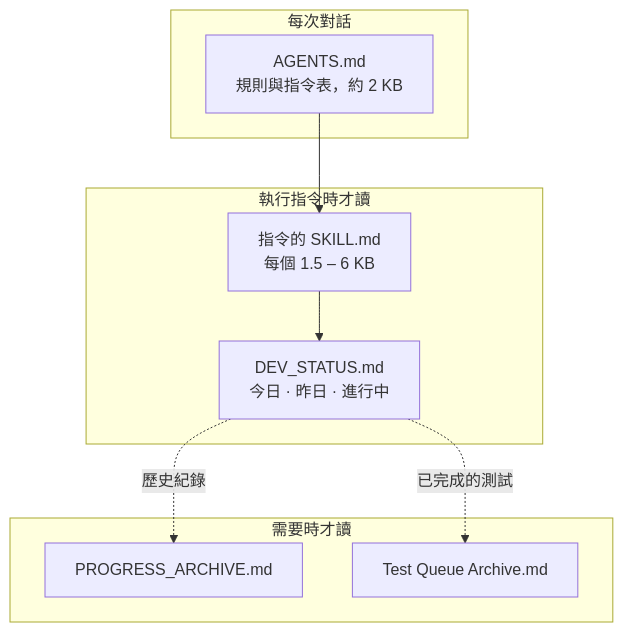
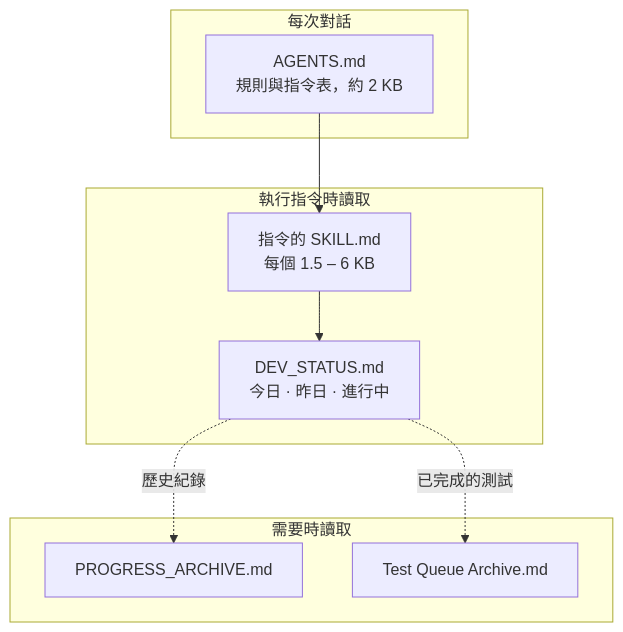
Before and after one commit to zelvet-velvet/agent-worklog-vault: the third of 6 diagrams in README.zh-TW.md, drawn with Mermaid. The commit also changed other lines of this file, not shown here.

````diff
--- a/README.zh-TW.md
+++ b/README.zh-TW.md
@@ -60,17 +60,17 @@
 ```mermaid
 flowchart TB
     subgraph always [每次對話]
         AG["AGENTS.md<br/>規則與指令表，約 2 KB"]
     end
-    subgraph run [執行指令時才讀]
+    subgraph run [執行指令時讀取]
         SK["指令的 SKILL.md<br/>每個 1.5 – 6 KB"]
         ST["DEV_STATUS.md<br/>今日 · 昨日 · 進行中"]
     end
-    subgraph ask [需要時才讀]
+    subgraph ask [需要時讀取]
         AR[PROGRESS_ARCHIVE.md]
         TA[Test Queue Archive.md]
     end
     AG --> SK --> ST
     ST -. 歷史紀錄 .-> AR
     ST -. 已完成的測試 .-> TA
 ```
````
